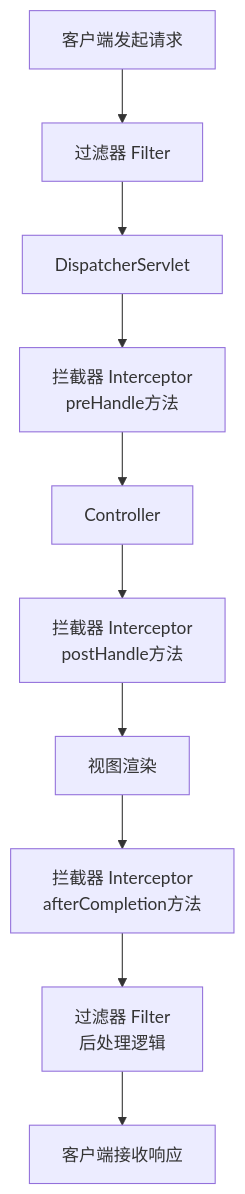
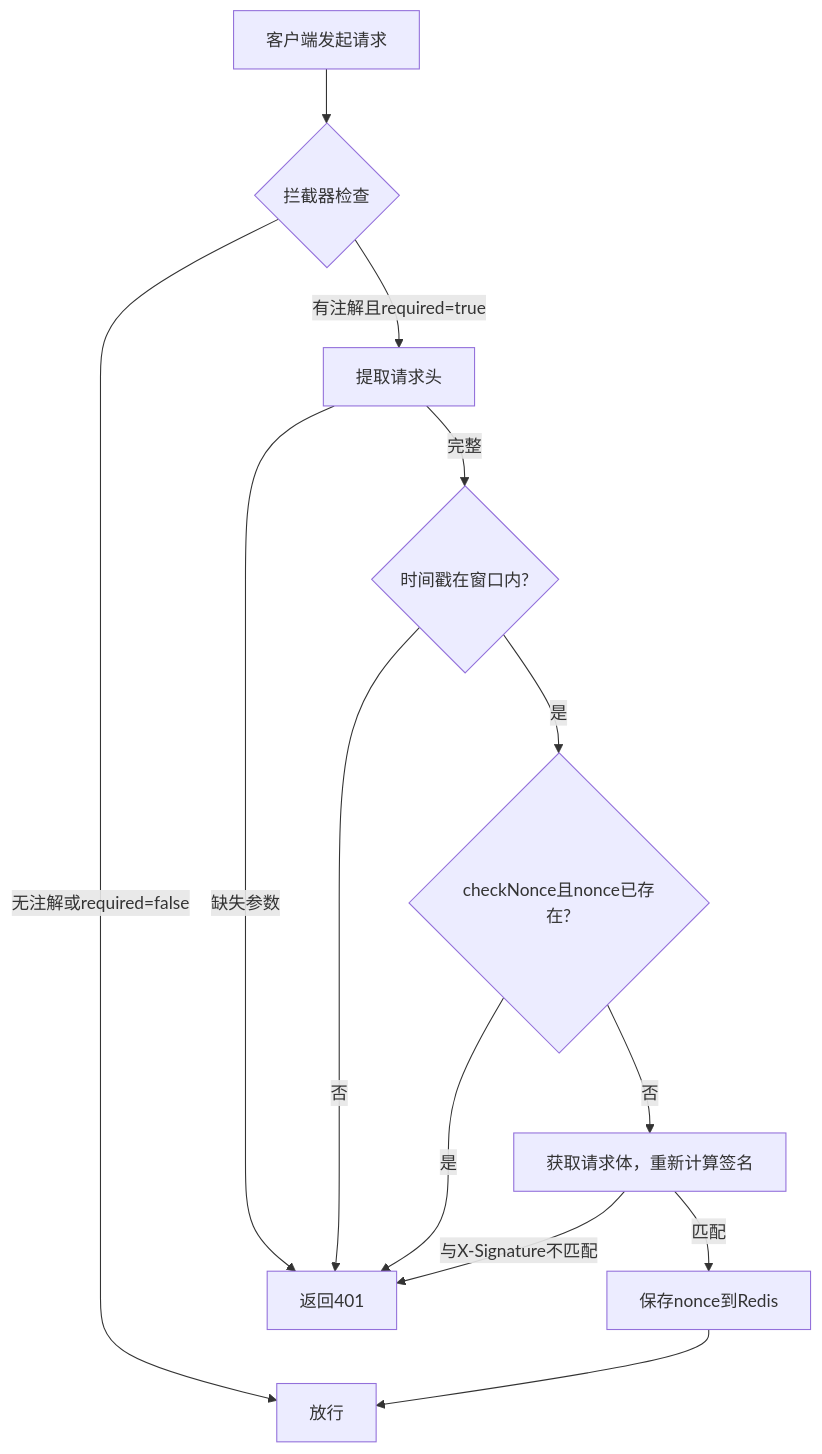
The diagram in springboot3/springboot3-rest-signature/README.md (yunjiao-source/tutorials4j), drawn with Mermaid before and after one commit. The commit also changed other lines of this file and 18 other files, not shown here.

````diff
--- a/springboot3/springboot3-rest-signature/README.md
+++ b/springboot3/springboot3-rest-signature/README.md
@@ -14,12 +52,15 @@
 ```mermaid
-flowchart TD
-    A[客户端发起请求] --> B[过滤器 Filter]
-    B --> C[DispatcherServlet]
-    C --> D[拦截器 Interceptor<br>preHandle方法]
-    D --> E[Controller]
-    E --> F[拦截器 Interceptor<br>postHandle方法]
-    F --> G[视图渲染]
-    G --> H[拦截器 Interceptor<br>afterCompletion方法]
-    H --> I[过滤器 Filter<br>后处理逻辑]
-    I --> J[客户端接收响应]
+graph TD
+A[客户端发起请求] --> B{拦截器检查}
+B -->|无注解或required=false| C[放行]
+B -->|有注解且required=true| D[提取请求头]
+D -->|缺失参数| E[返回401]
+D -->|完整| F{时间戳在窗口内?}
+F -->|否| E
+F -->|是| G{checkNonce且nonce已存在?}
+G -->|是| E
+G -->|否| H[获取请求体，重新计算签名]
+H -->|与X-Signature不匹配| E
+H -->|匹配| I[保存nonce到Redis]
+I --> C
 ```
````
